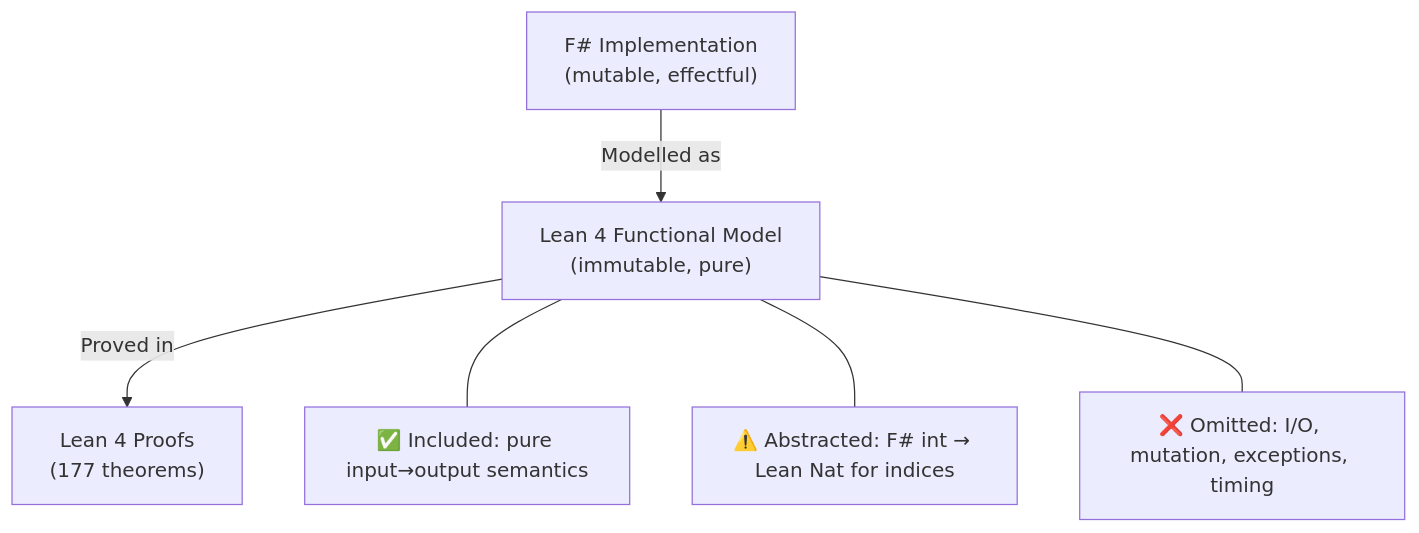
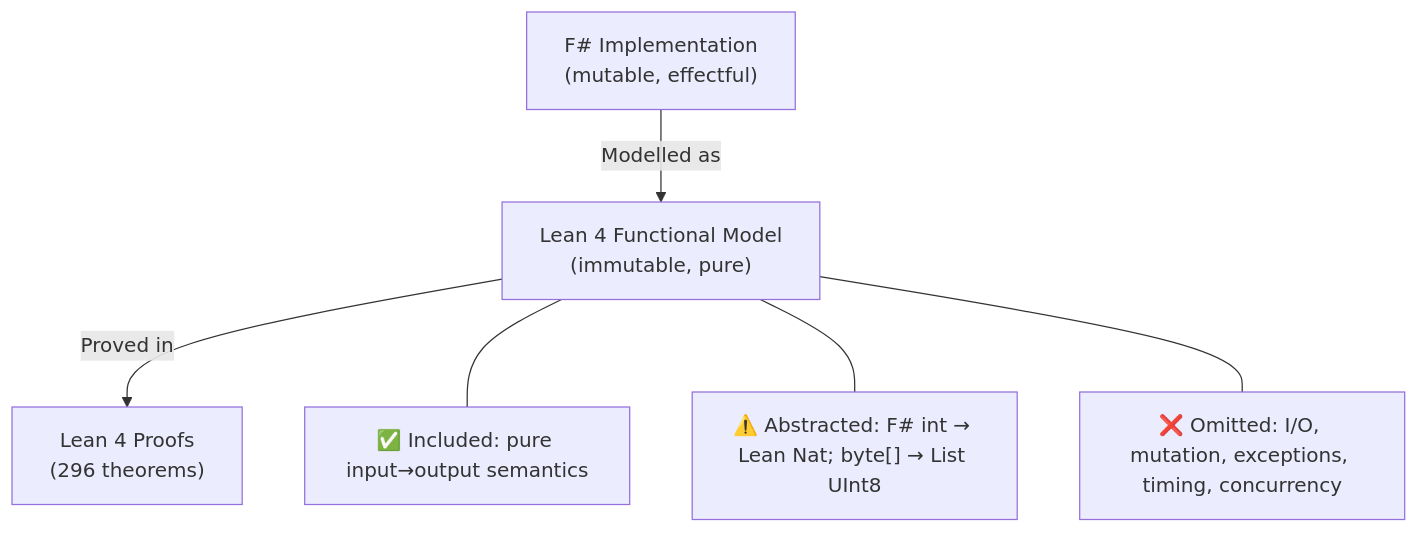
Before and after one commit to WillEhrendreich/SageFs: the eighth of 9 diagrams in formal-verification/REPORT.md, drawn with Mermaid. The commit also changed other lines of this file and 2 other files, not shown here.

First line of the commit message:
feat(fv): update research targets + project report (Task 1+10, 17 files, 296 theorems)

````diff
--- a/formal-verification/REPORT.md
+++ b/formal-verification/REPORT.md
@@ -228,14 +281,14 @@
 ```mermaid
 graph TD
   REAL["F# Implementation<br/>(mutable, effectful)"]
   MODEL["Lean 4 Functional Model<br/>(immutable, pure)"]
-  PROOF["Lean 4 Proofs<br/>(177 theorems)"]
+  PROOF["Lean 4 Proofs<br/>(296 theorems)"]
   REAL -->|"Modelled as"| MODEL
   MODEL -->|"Proved in"| PROOF
   NOTE1["✅ Included: pure input→output semantics"]
-  NOTE2["⚠️ Abstracted: F# int → Lean Nat for indices"]
-  NOTE3["❌ Omitted: I/O, mutation, exceptions, timing"]
+  NOTE2["⚠️ Abstracted: F# int → Lean Nat; byte[] → List UInt8"]
+  NOTE3["❌ Omitted: I/O, mutation, exceptions, timing, concurrency"]
   MODEL --- NOTE1
   MODEL --- NOTE2
   MODEL --- NOTE3
 ```
````
